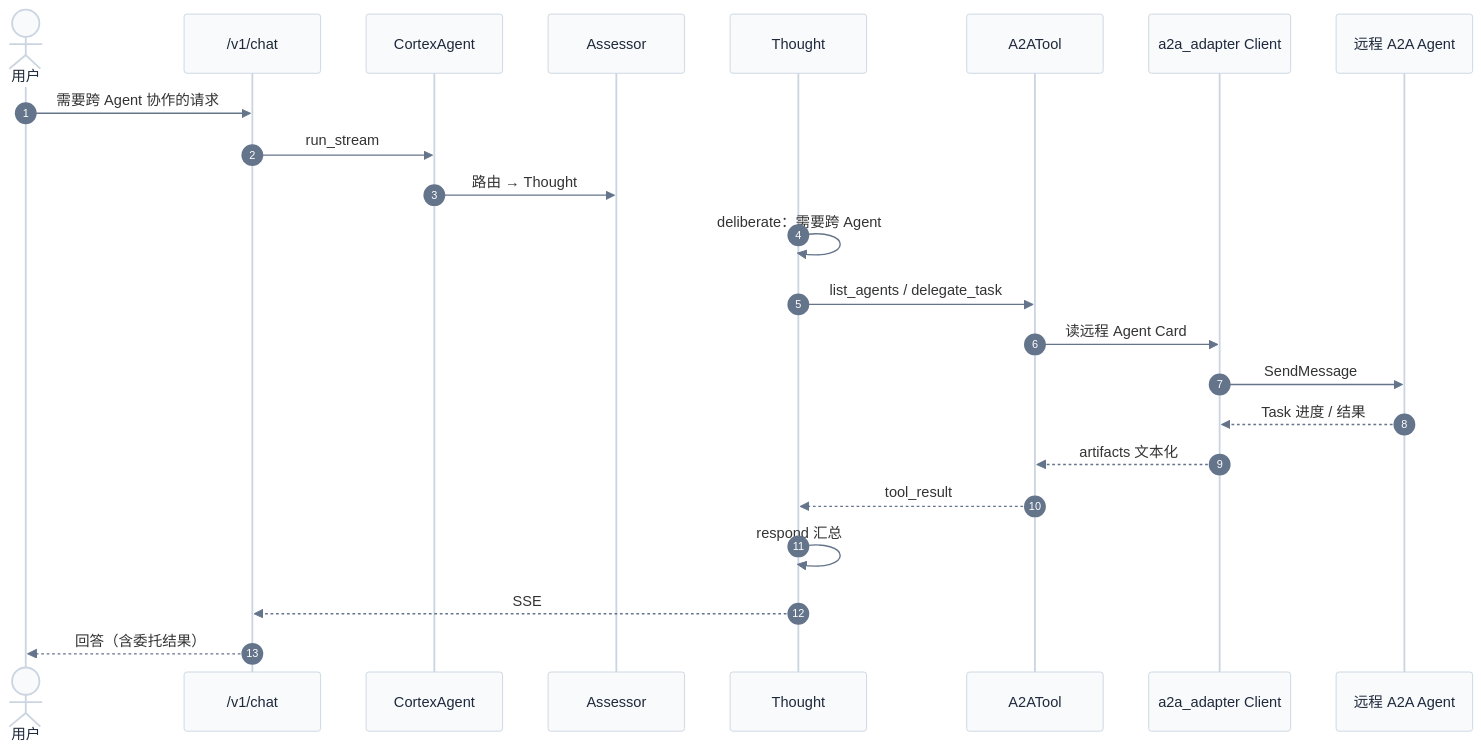
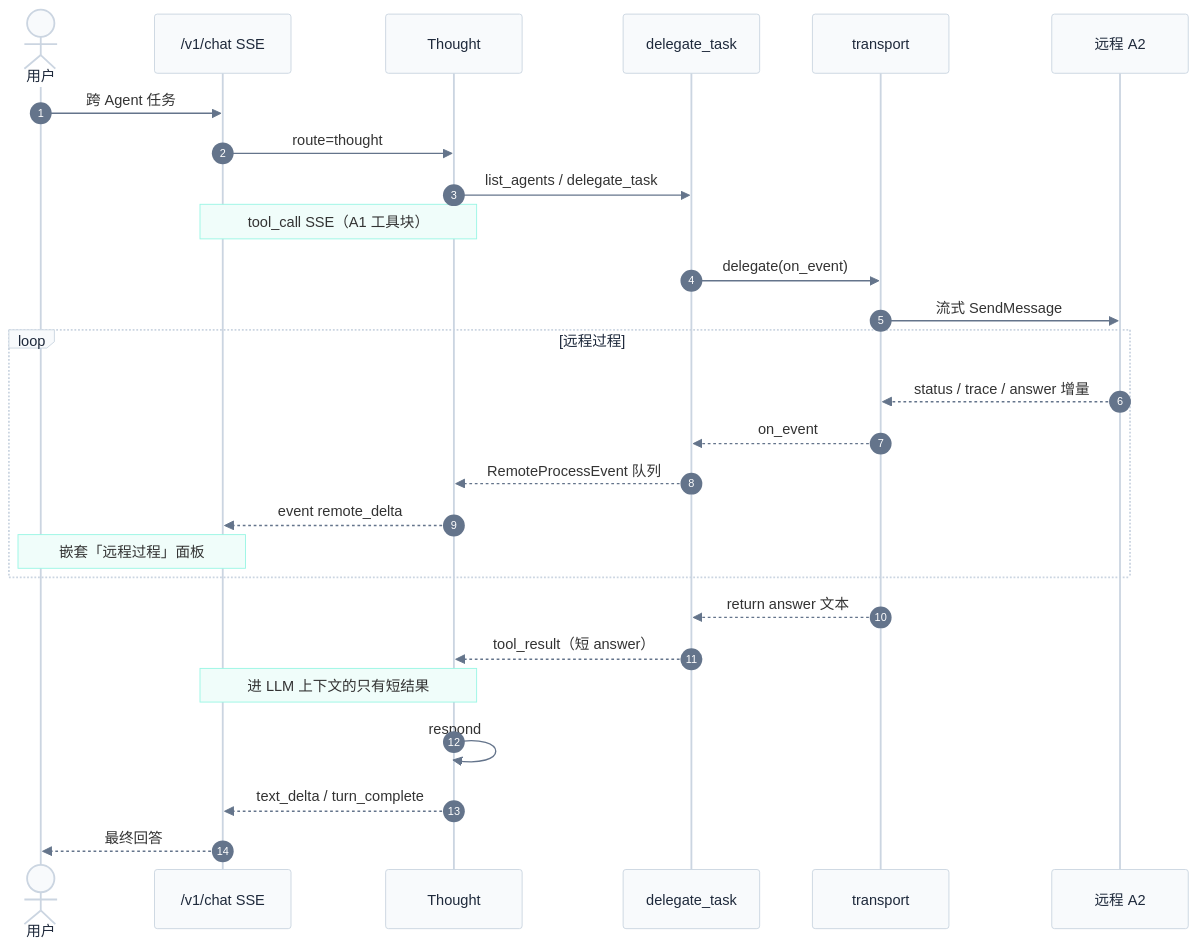
One commit to Zhong-y-j/Hubloom changed the second of 3 diagrams in docs/Hubloom-A2A互联.md. Above: the diagram before and after it, drawn with Mermaid. The commit also changed other lines of this file and 19 other files, not shown here.

````diff
--- a/docs/Hubloom-A2A互联.md
+++ b/docs/Hubloom-A2A互联.md
@@ -512,27 +202,31 @@
 ```mermaid
 %%{init: {"theme":"base","themeVariables":{"background":"#ffffff","actorBkg":"#f8fafc","actorBorder":"#cbd5e1","actorTextColor":"#1e293b","signalColor":"#64748b","noteBkgColor":"#f0fdfa","noteBorderColor":"#99f6e4"}}}%%
 sequenceDiagram
     autonumber
     actor U as 用户
-    participant API as /v1/chat
-    participant AG as CortexAgent
-    participant AS as Assessor
+    participant API as /v1/chat SSE
     participant TH as Thought
-    participant T as A2ATool
-    participant C as a2a_adapter Client
-    participant R as 远程 A2A Agent
+    participant T as delegate_task
+    participant C as transport
+    participant R as 远程 A2
 
-    U->>API: 需要跨 Agent 协作的请求
-    API->>AG: run_stream
-    AG->>AS: 路由 → Thought
-    TH->>TH: deliberate：需要跨 Agent
+    U->>API: 跨 Agent 任务
+    API->>TH: route=thought
     TH->>T: list_agents / delegate_task
-    T->>C: 读远程 Agent Card
-    C->>R: SendMessage
-    R-->>C: Task 进度 / 结果
-    C-->>T: artifacts 文本化
-    T-->>TH: tool_result
-    TH->>TH: respond 汇总
-    TH-->>API: SSE
-    API-->>U: 回答（含委托结果）
+    Note over TH,API: tool_call SSE（A1 工具块）
+    T->>C: delegate(on_event)
+    C->>R: 流式 SendMessage
+    loop 远程过程
+        R-->>C: status / trace / answer 增量
+        C-->>T: on_event
+        T-->>TH: RemoteProcessEvent 队列
+        TH-->>API: event remote_delta
+        Note over API,U: 嵌套「远程过程」面板
+    end
+    C-->>T: return answer 文本
+    T-->>TH: tool_result（短 answer）
+    Note over TH,API: 进 LLM 上下文的只有短结果
+    TH->>TH: respond
+    TH-->>API: text_delta / turn_complete
+    API-->>U: 最终回答
 ```
````
